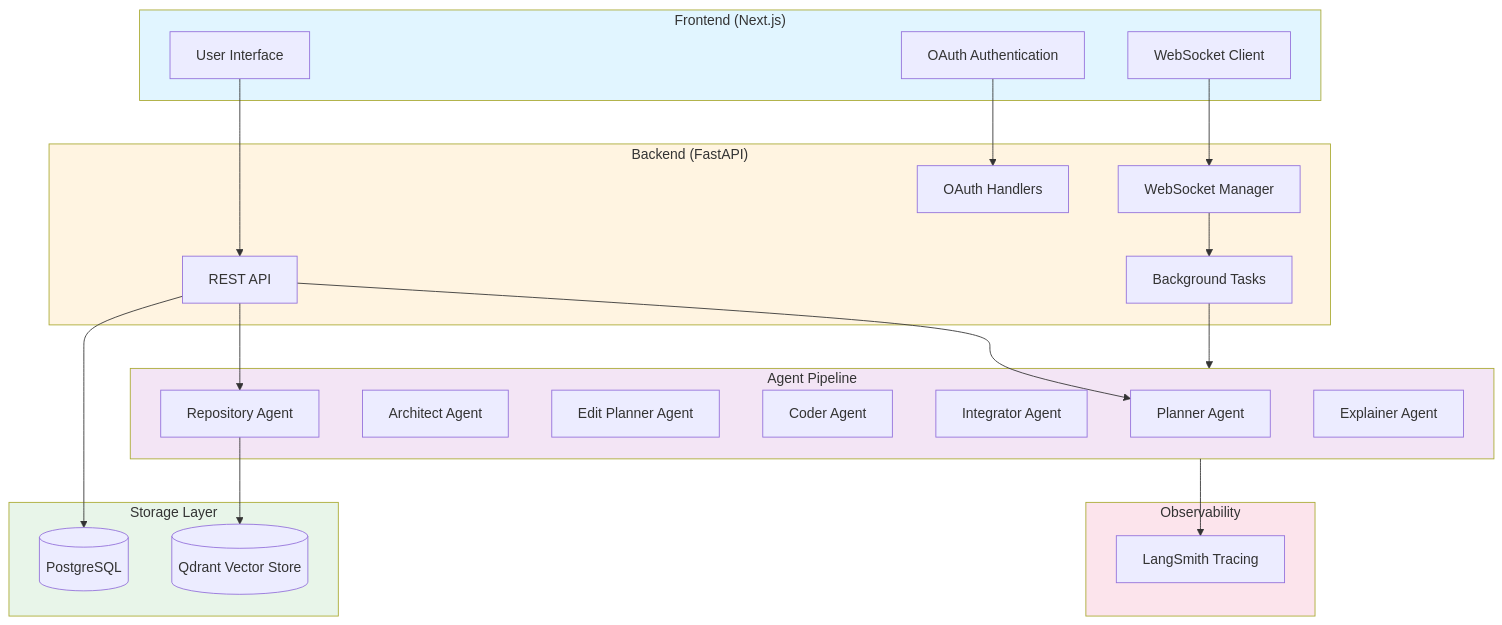
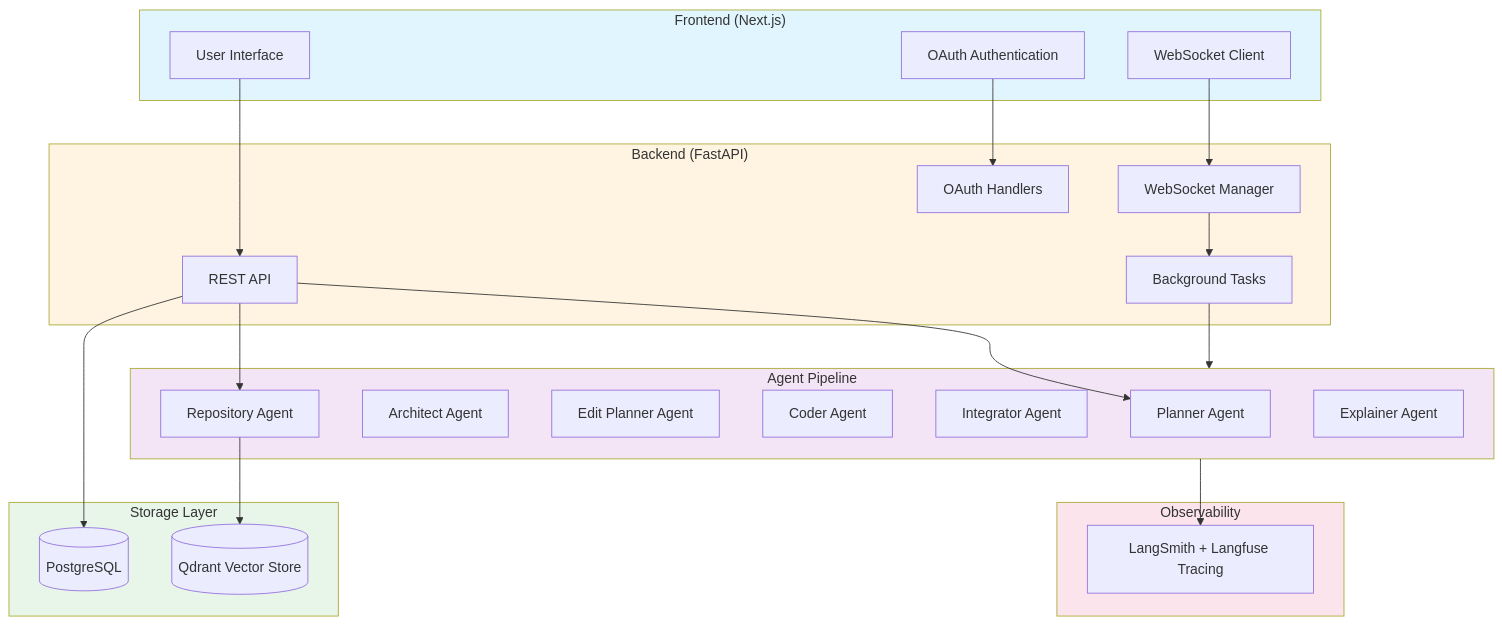
One commit to adityaxxz/Adra-AI changed the first of 4 diagrams in README.md. Above: the diagram before and after it, drawn with Mermaid. The commit also changed other lines of this file, not shown here.

````diff
--- a/README.md
+++ b/README.md
@@ -27,51 +27,51 @@
 ```mermaid
 flowchart TB
     subgraph Frontend["Frontend (Next.js)"]
         UI[User Interface]
         Auth[OAuth Authentication]
         WS[WebSocket Client]
     end
     
     subgraph Backend["Backend (FastAPI)"]
         API[REST API]
         OAuth[OAuth Handlers]
         WSManager[WebSocket Manager]
         BGTasks[Background Tasks]
     end
     
     subgraph Storage["Storage Layer"]
         PG[(PostgreSQL)]
         Qdrant[(Qdrant Vector Store)]
     end
     
     subgraph Agents["Agent Pipeline"]
         Planner[Planner Agent]
         Architect[Architect Agent]
         EditPlanner[Edit Planner Agent]
         Coder[Coder Agent]
         Integrator[Integrator Agent]
         RepoAgent[Repository Agent]
         Explainer[Explainer Agent]
     end
 
     subgraph Observability["Observability"]
-        LS[LangSmith Tracing]
+        LS[LangSmith + Langfuse Tracing]
     end
     
     UI --> API
     Auth --> OAuth
     WS --> WSManager
     API --> Planner
     API --> RepoAgent
     WSManager --> BGTasks
     BGTasks --> Agents
     API --> PG
     RepoAgent --> Qdrant
     Agents --> LS
     
     style Frontend fill:#e1f5ff
     style Backend fill:#fff4e1
     style Storage fill:#e8f5e9
     style Agents fill:#f3e5f5
     style Observability fill:#fce4ec
 ```
````
